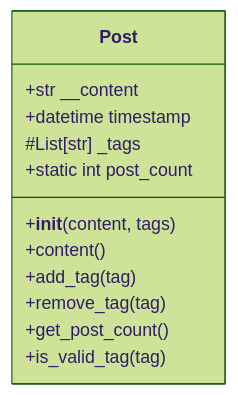
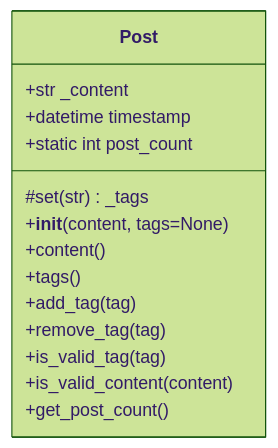
The diagram in docs/programming-assignments/pa-1/step-1/post-class.md (loudinb/20CS2023), drawn with Mermaid (forest theme) before and after one commit. The commit also changed other lines of this file and 26 other files, not shown here.

````diff
--- a/docs/programming-assignments/pa-1/step-1/post-class.md
+++ b/docs/programming-assignments/pa-1/step-1/post-class.md
@@ -16,15 +16,17 @@
 ```{mermaid}
 classDiagram
     class Post {
-         +str __content
+         +str _content
          +datetime timestamp
-         #List[str] _tags
+         #set(str) _tags
          +static int post_count
-         +__init__(content, tags)
+         +__init__(content, tags=None)
          +content()
+         +tags()
          +add_tag(tag)
          +remove_tag(tag)
+         +is_valid_tag(tag)
+         +is_valid_content(content)
          +get_post_count()
-         +is_valid_tag(tag)
     }
 ```
````
